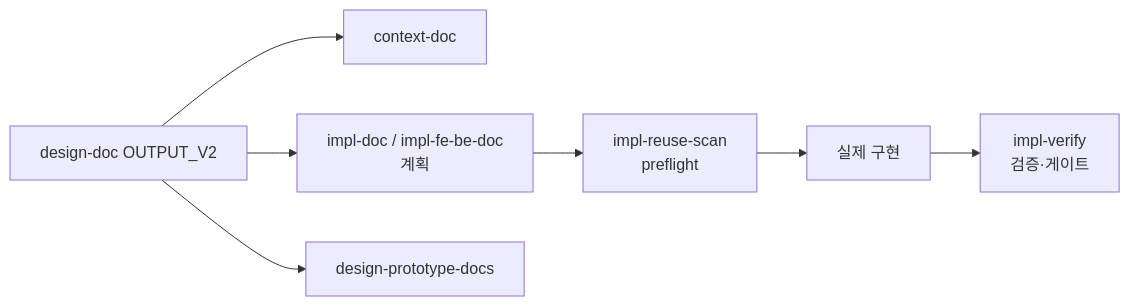
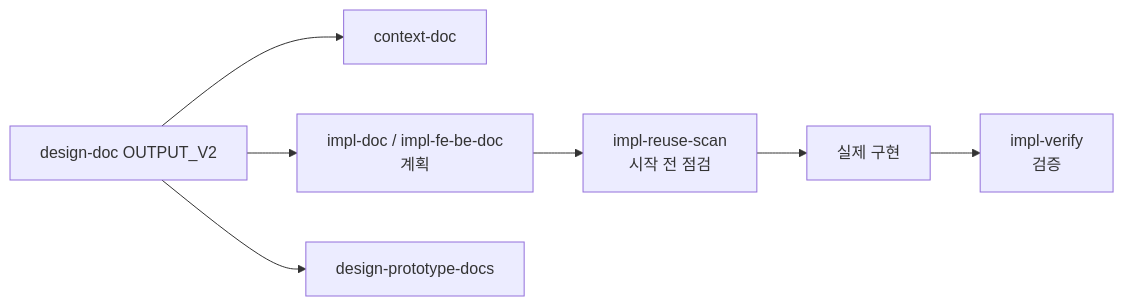
The sixth of 7 diagrams in Docs/Harness_Engineering_Intro.md (hb9397/AI_Agent_docs), drawn with Mermaid before and after one commit. The commit also changed other lines of this file and 3 other files, not shown here.

````diff
--- a/Docs/Harness_Engineering_Intro.md
+++ b/Docs/Harness_Engineering_Intro.md
@@ -304,9 +304,9 @@
 ```mermaid
 flowchart LR
     A["design-doc OUTPUT_V2"] --> B["context-doc"]
     A --> C["impl-doc / impl-fe-be-doc<br/>계획"]
-    C --> C1["impl-reuse-scan<br/>preflight"]
+    C --> C1["impl-reuse-scan<br/>시작 전 점검"]
     C1 --> C2["실제 구현"]
-    C2 --> C3["impl-verify<br/>검증·게이트"]
+    C2 --> C3["impl-verify<br/>검증"]
     A --> E["design-prototype-docs"]
 ```
````
